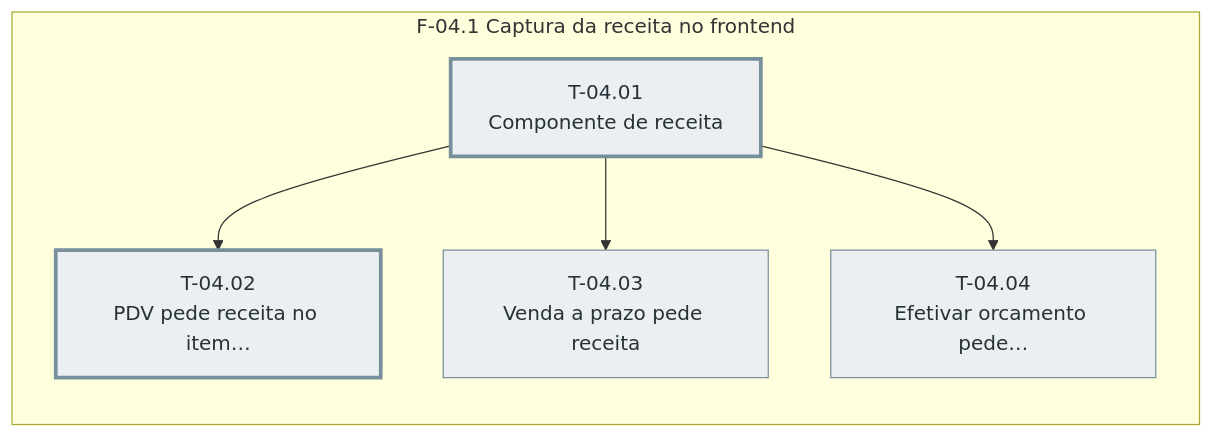
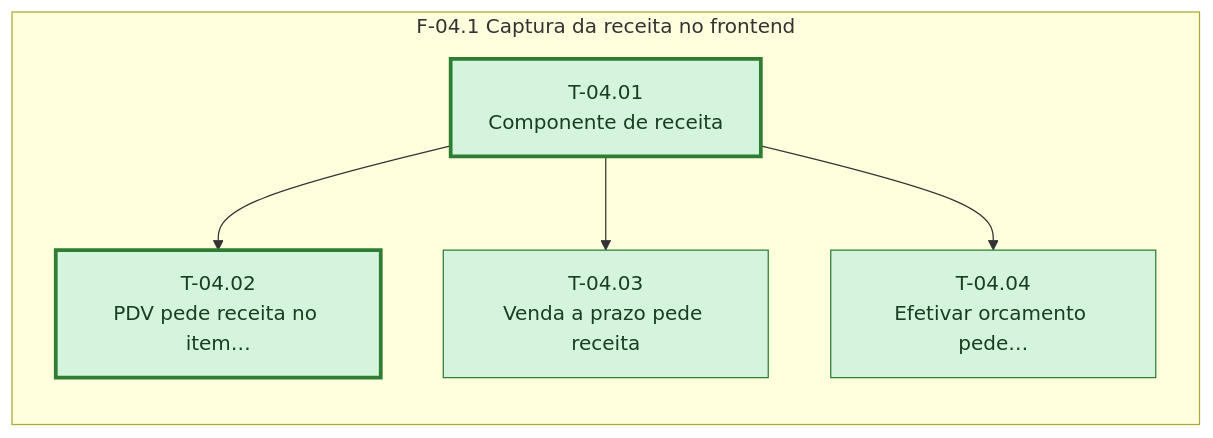
Before and after one commit to jonathasGodinho/jgsistemas-PDV: the diagram in docs/sprintx/features/farmacia-controlados/sprint-04/tasks.md, drawn with Mermaid. The commit also changed other lines of this file and 5 other files, not shown here.

````diff
--- a/docs/sprintx/features/farmacia-controlados/sprint-04/tasks.md
+++ b/docs/sprintx/features/farmacia-controlados/sprint-04/tasks.md
@@ -117,23 +117,23 @@
 ```mermaid
 %% Grafo de tasks — sprint-04 — gerado pela sprintx a partir deste arquivo
 flowchart LR
   subgraph fase_04_1["F-04.1 Captura da receita no frontend"]
     T_04_01["T-04.01<br/>Componente de receita"]
     T_04_02["T-04.02<br/>PDV pede receita no item…"]
     T_04_03["T-04.03<br/>Venda a prazo pede receita"]
     T_04_04["T-04.04<br/>Efetivar orcamento pede…"]
   end
   T_04_01 --> T_04_02
   T_04_01 --> T_04_03
   T_04_01 --> T_04_04
   classDef concluida fill:#d4f4dd,stroke:#2e7d32,color:#1b3d20
   classDef andamento fill:#fff3cd,stroke:#b8860b,color:#4a3800
   classDef bloqueada fill:#f8d7da,stroke:#c62828,color:#4a1d1f
   classDef pendente  fill:#eceff1,stroke:#78909c,color:#263238
   classDef critico   stroke-width:3px
-  class T_04_01 pendente
-  class T_04_02 pendente
-  class T_04_03 pendente
-  class T_04_04 pendente
+  class T_04_01 concluida
+  class T_04_02 concluida
+  class T_04_03 concluida
+  class T_04_04 concluida
   class T_04_01,T_04_02 critico
 ```
````
